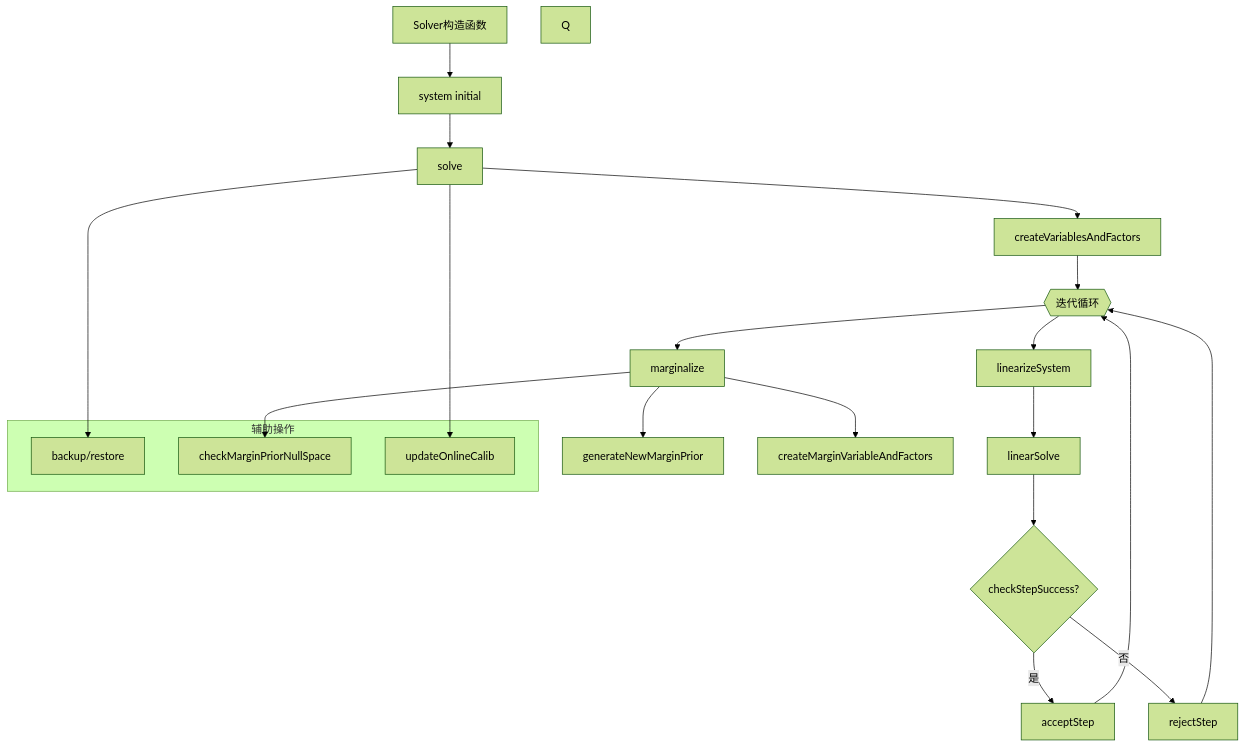
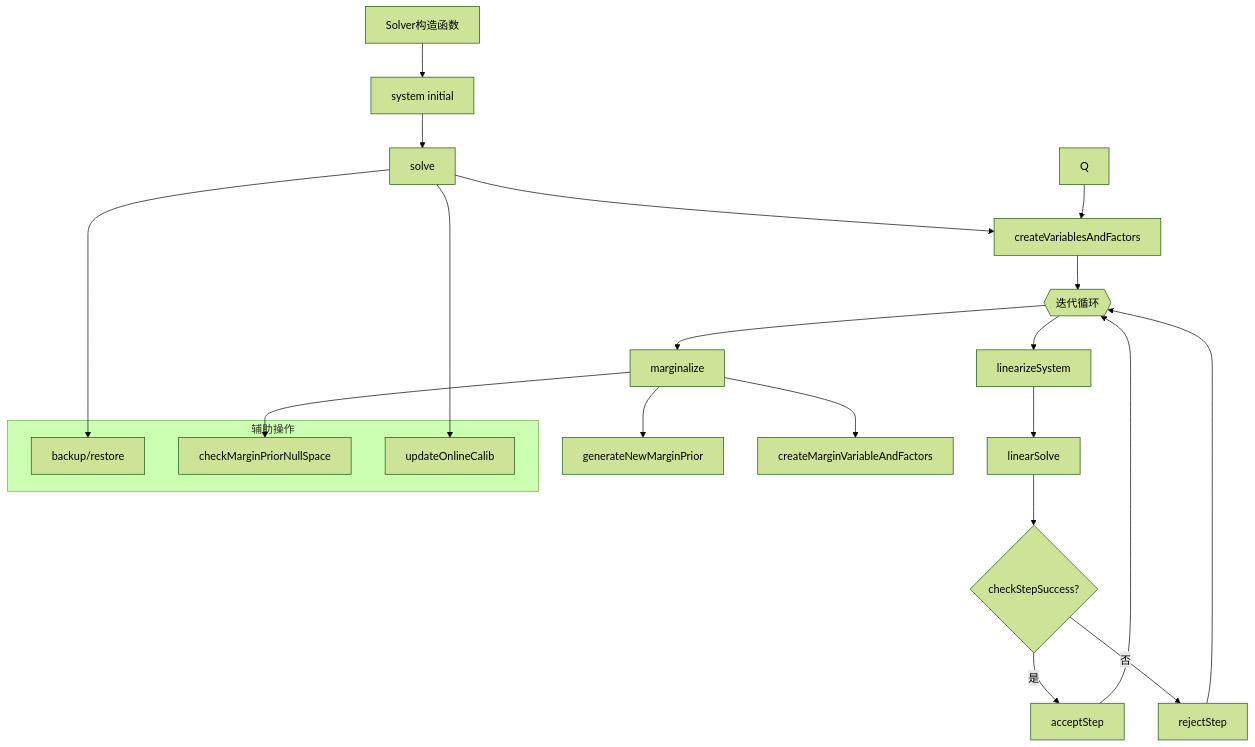
The diagram in all/未命名-2.md (huzixuan1/iodraw-files), drawn with Mermaid (forest theme) before and after one commit.

Commit message:
2025-04-17 09:22:05 update

````diff
--- a/all/未命名-2.md
+++ b/all/未命名-2.md
@@ -1,28 +1,28 @@
 ```mermaid
 
 graph TD
     A[Solver构造函数] --> B[system initial]
     B --> C[solve]
     C --> D[createVariablesAndFactors]
-    Q
+    Q -->
     D --> E{{迭代循环}}
     E --> F[linearizeSystem]
     F --> G[linearSolve]
     G --> H{checkStepSuccess?}
     H -- 是 --> I[acceptStep]
     H -- 否 --> J[rejectStep]
     I --> E
     J --> E
     E --> K[marginalize]
     K --> L[generateNewMarginPrior]
     K --> M[createMarginVariableAndFactors]
     
     subgraph 辅助操作
         N[backup/restore]
         O[checkMarginPriorNullSpace]
         P[updateOnlineCalib]
     end
     C --> N
     K --> O
     C --> P
 ```
````
